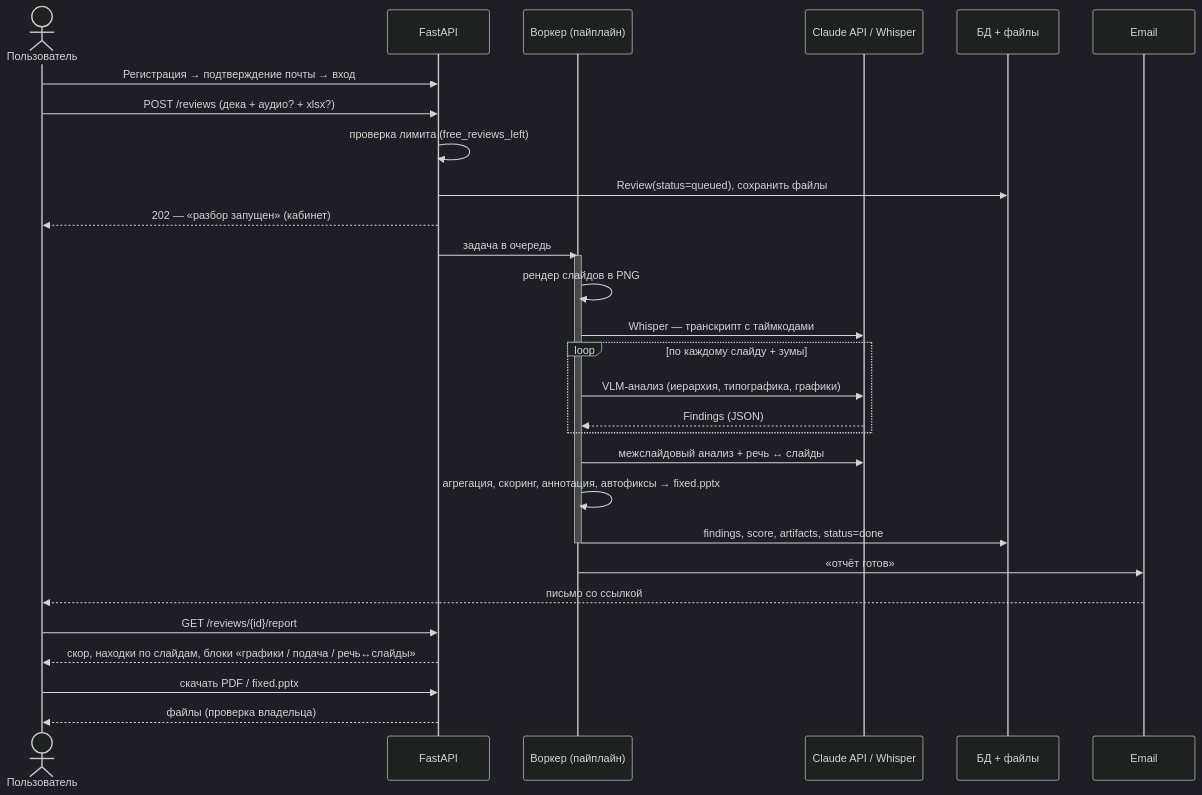
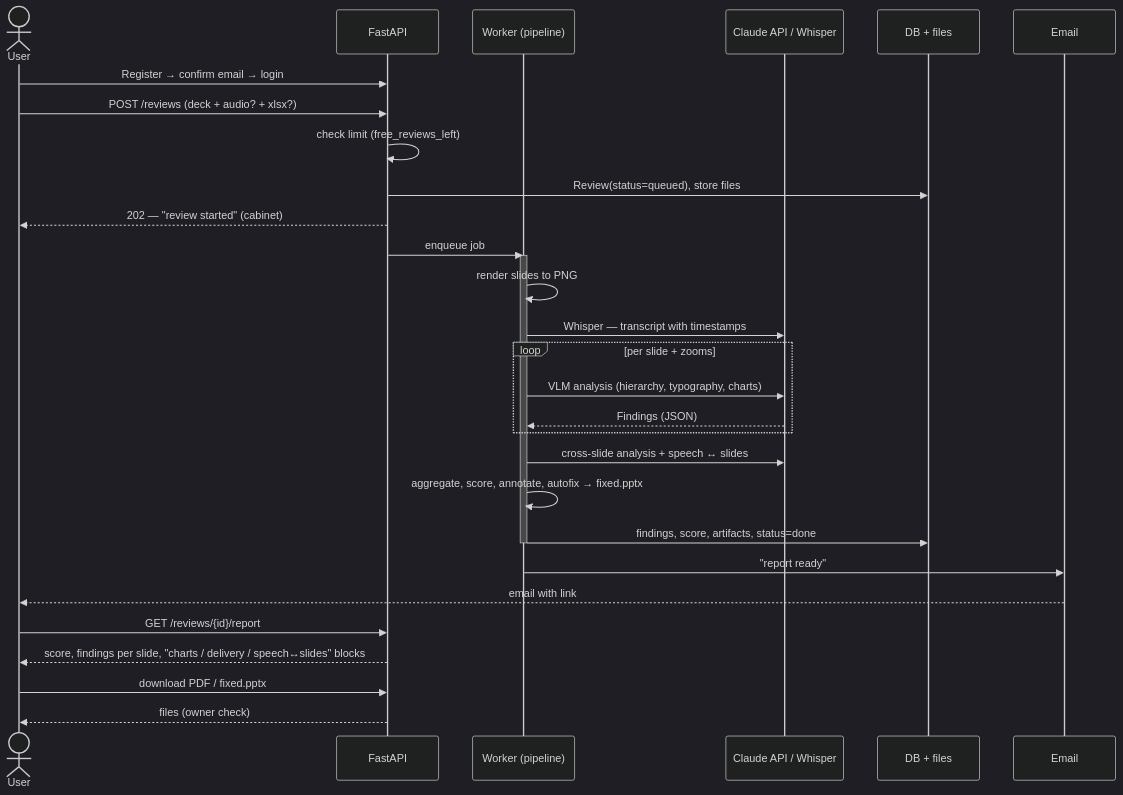
The sixth of 6 diagrams in docs/C4.md (SlideLens/Achitecture), drawn with Mermaid (dark theme) before and after one commit. The commit also changed other lines of this file and 24 other files, not shown here.

````diff
--- a/docs/C4.md
+++ b/docs/C4.md
@@ -256,35 +256,35 @@
 ```mermaid
 sequenceDiagram
-    actor U as Пользователь
+    actor U as User
     participant API as FastAPI
-    participant Q as Воркер (пайплайн)
+    participant Q as Worker (pipeline)
     participant C as Claude API / Whisper
-    participant S as БД + файлы
+    participant S as DB + files
     participant M as Email
 
-    U->>API: Регистрация → подтверждение почты → вход
-    U->>API: POST /reviews (дека + аудио? + xlsx?)
-    API->>API: проверка лимита (free_reviews_left)
-    API->>S: Review(status=queued), сохранить файлы
-    API-->>U: 202 — «разбор запущен» (кабинет)
-    API->>Q: задача в очередь
+    U->>API: Register → confirm email → login
+    U->>API: POST /reviews (deck + audio? + xlsx?)
+    API->>API: check limit (free_reviews_left)
+    API->>S: Review(status=queued), store files
+    API-->>U: 202 — "review started" (cabinet)
+    API->>Q: enqueue job
 
     activate Q
-    Q->>Q: рендер слайдов в PNG
-    Q->>C: Whisper — транскрипт с таймкодами
-    loop по каждому слайду + зумы
-        Q->>C: VLM-анализ (иерархия, типографика, графики)
+    Q->>Q: render slides to PNG
+    Q->>C: Whisper — transcript with timestamps
+    loop per slide + zooms
+        Q->>C: VLM analysis (hierarchy, typography, charts)
         C-->>Q: Findings (JSON)
     end
-    Q->>C: межслайдовый анализ + речь ↔ слайды
-    Q->>Q: агрегация, скоринг, аннотация, автофиксы → fixed.pptx
+    Q->>C: cross-slide analysis + speech ↔ slides
+    Q->>Q: aggregate, score, annotate, autofix → fixed.pptx
     Q->>S: findings, score, artifacts, status=done
     deactivate Q
-    Q->>M: «отчёт готов»
-    M-->>U: письмо со ссылкой
+    Q->>M: "report ready"
+    M-->>U: email with link
 
     U->>API: GET /reviews/{id}/report
-    API-->>U: скор, находки по слайдам, блоки «графики / подача / речь↔слайды»
-    U->>API: скачать PDF / fixed.pptx
-    API-->>U: файлы (проверка владельца)
+    API-->>U: score, findings per slide, "charts / delivery / speech↔slides" blocks
+    U->>API: download PDF / fixed.pptx
+    API-->>U: files (owner check)
 ```
````
